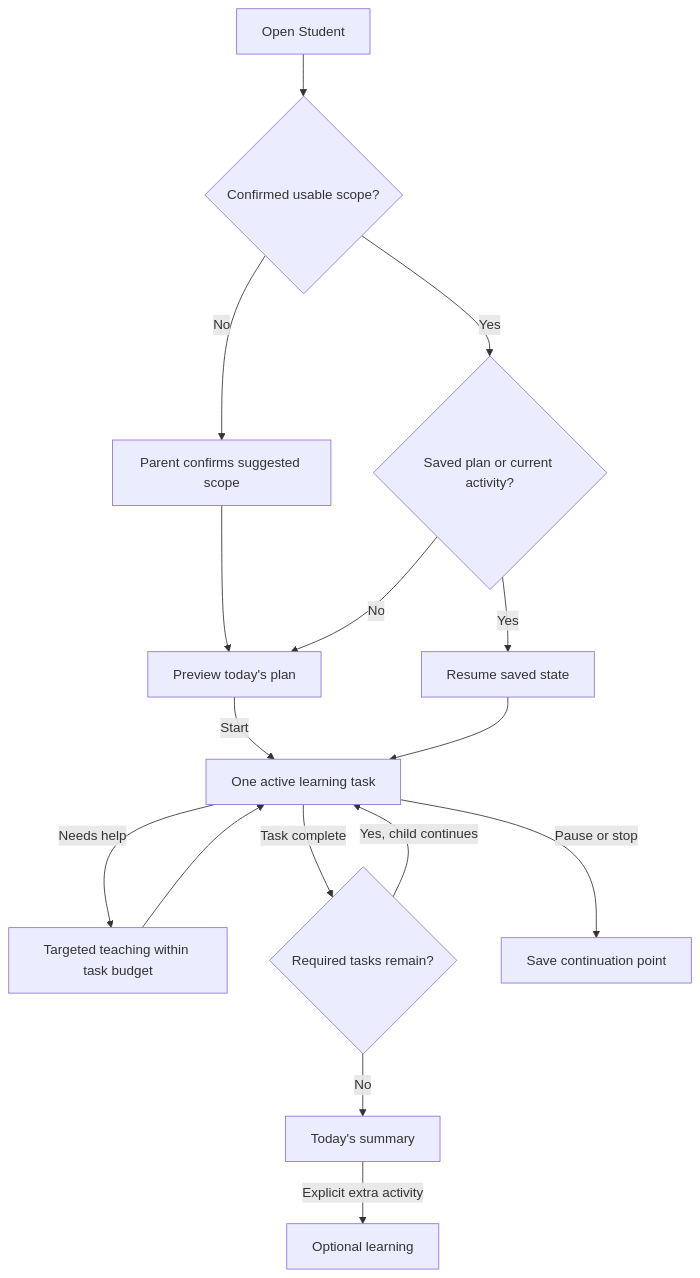
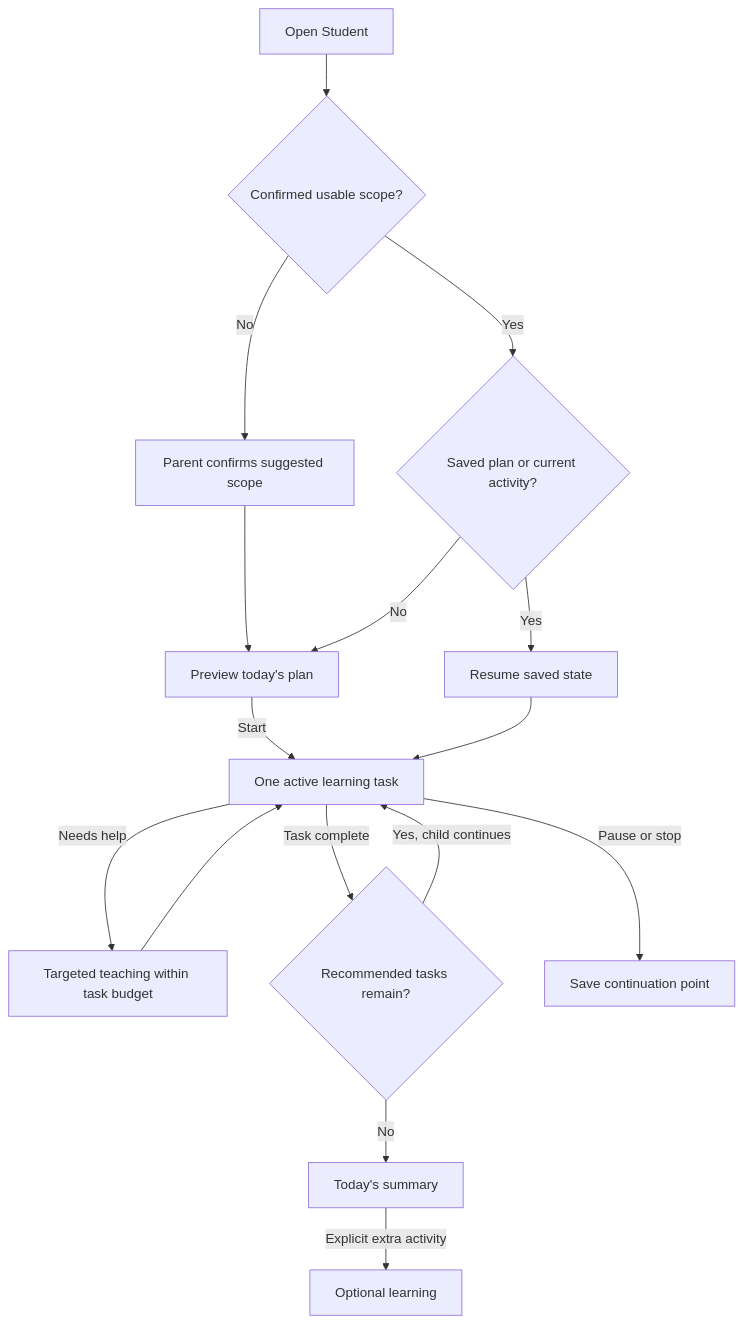
The diagram in .agents/notes/proposed/feature/2026-11-25-student-daily-learning-plan.md (winterhuan/dsh-creative), drawn with Mermaid before and after one commit. The commit also changed other lines of this file and 2 other files, not shown here.

````diff
--- a/.agents/notes/proposed/feature/2026-11-25-student-daily-learning-plan.md
+++ b/.agents/notes/proposed/feature/2026-11-25-student-daily-learning-plan.md
@@ -132,18 +147,18 @@
 ```mermaid
 flowchart TD
   A[Open Student] --> B{Confirmed usable scope?}
   B -->|No| C[Parent confirms suggested scope]
   C --> D[Preview today's plan]
   B -->|Yes| E{Saved plan or current activity?}
   E -->|Yes| F[Resume saved state]
   E -->|No| D
   D -->|Start| G[One active learning task]
   F --> G
   G -->|Needs help| H[Targeted teaching within task budget]
   H --> G
-  G -->|Task complete| I{Required tasks remain?}
+  G -->|Task complete| I{Recommended tasks remain?}
   I -->|Yes, child continues| G
   I -->|No| J[Today's summary]
   G -->|Pause or stop| K[Save continuation point]
   J -->|Explicit extra activity| L[Optional learning]
 ```
````
